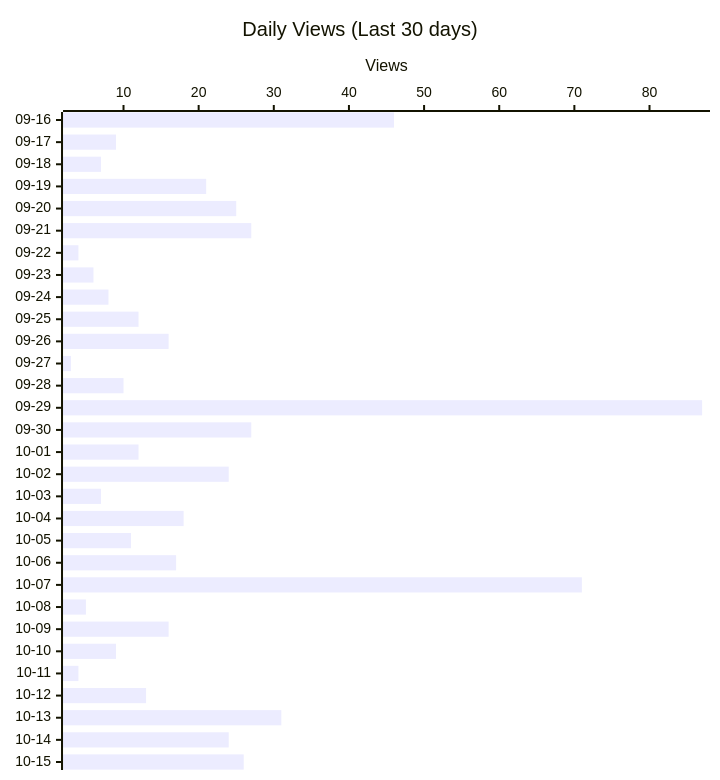
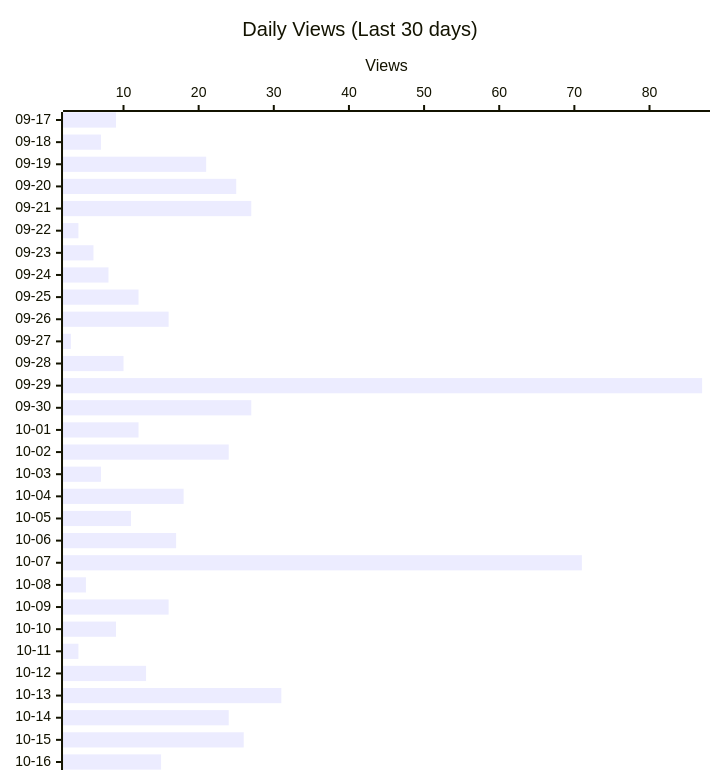
The second of 4 diagrams in README.md (shigechika/github-insights), drawn with Mermaid before and after one commit. The commit also changed other lines of this file and 2 other files, not shown here.

````diff
--- a/README.md
+++ b/README.md
@@ -28,12 +28,12 @@
 ```mermaid
 ---
 config:
   xyChart:
     height: 760
 ---
 xychart-beta horizontal
     title "Daily Views (Last 30 days)"
-    x-axis ["09-16", "09-17", "09-18", "09-19", "09-20", "09-21", "09-22", "09-23", "09-24", "09-25", "09-26", "09-27", "09-28", "09-29", "09-30", "10-01", "10-02", "10-03", "10-04", "10-05", "10-06", "10-07", "10-08", "10-09", "10-10", "10-11", "10-12", "10-13", "10-14", "10-15"]
+    x-axis ["09-17", "09-18", "09-19", "09-20", "09-21", "09-22", "09-23", "09-24", "09-25", "09-26", "09-27", "09-28", "09-29", "09-30", "10-01", "10-02", "10-03", "10-04", "10-05", "10-06", "10-07", "10-08", "10-09", "10-10", "10-11", "10-12", "10-13", "10-14", "10-15", "10-16"]
     y-axis "Views"
-    bar [46, 9, 7, 21, 25, 27, 4, 6, 8, 12, 16, 3, 10, 87, 27, 12, 24, 7, 18, 11, 17, 71, 5, 16, 9, 4, 13, 31, 24, 26]
+    bar [9, 7, 21, 25, 27, 4, 6, 8, 12, 16, 3, 10, 87, 27, 12, 24, 7, 18, 11, 17, 71, 5, 16, 9, 4, 13, 31, 24, 26, 15]
 ```
````
